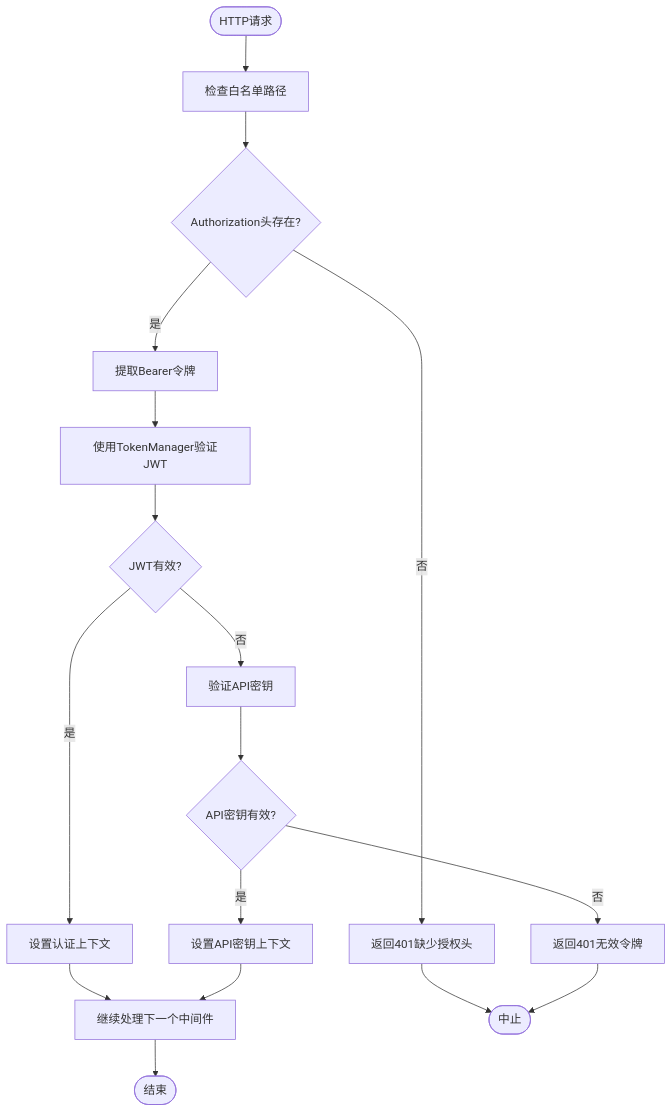
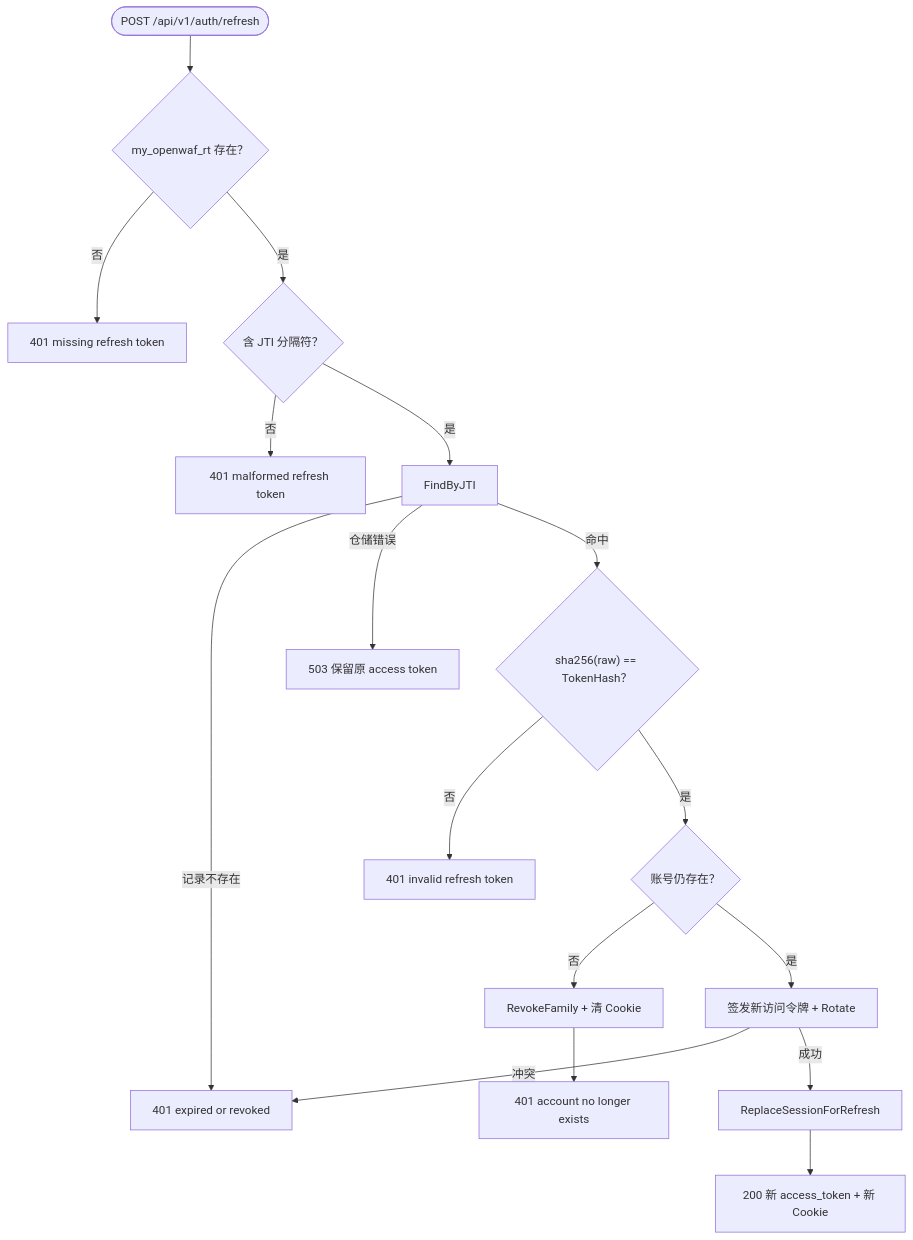
The fifth of 6 diagrams in docs/管理 API 系统/REST API 设计规范/认证授权机制.md (x01n/My-OpenWaf), drawn with Mermaid before and after one commit. The commit also changed other lines of this file and 622 other files, not shown here.

````diff
--- a/docs/管理 API 系统/REST API 设计规范/认证授权机制.md
+++ b/docs/管理 API 系统/REST API 设计规范/认证授权机制.md
@@ -258,19 +289,19 @@
 ```mermaid
 flowchart TD
-Start([HTTP请求]) --> CheckWhitelist["检查白名单路径"]
-CheckWhitelist --> HeaderPresent{"Authorization头存在?"}
-HeaderPresent --> |否| MissingHeader["返回401缺少授权头"]
-HeaderPresent --> |是| ExtractToken["提取Bearer令牌"]
-ExtractToken --> VerifyJWT["使用TokenManager验证JWT"]
-VerifyJWT --> JWTValid{"JWT有效?"}
-JWTValid --> |是| SetAuthCtx["设置认证上下文"]
-JWTValid --> |否| VerifyAPIKey["验证API密钥"]
-VerifyAPIKey --> APIKeyValid{"API密钥有效?"}
-APIKeyValid --> |是| SetAPIKeyCtx["设置API密钥上下文"]
-APIKeyValid --> |否| InvalidToken["返回401无效令牌"]
-SetAuthCtx --> Next["继续处理下一个中间件"]
-SetAPIKeyCtx --> Next
-MissingHeader --> Abort([中止])
-InvalidToken --> Abort
-Next --> End([结束])
+Start(["POST /api/v1/auth/refresh"]) --> Cookie{"my_openwaf_rt 存在？"}
+Cookie --> |否| E401M["401 missing refresh token"]
+Cookie --> |是| Split{"含 JTI 分隔符？"}
+Split --> |否| E401F["401 malformed refresh token"]
+Split --> |是| Find["FindByJTI"]
+Find --> |记录不存在| E401R["401 expired or revoked"]
+Find --> |仓储错误| E503["503 保留原 access token"]
+Find --> |命中| Hash{"sha256(raw) == TokenHash？"}
+Hash --> |否| E401I["401 invalid refresh token"]
+Hash --> |是| Acct{"账号仍存在？"}
+Acct --> |否| Fam["RevokeFamily + 清 Cookie"]
+Fam --> E401A["401 account no longer exists"]
+Acct --> |是| Rotate["签发新访问令牌 + Rotate"]
+Rotate --> |冲突| E401R
+Rotate --> |成功| SM["ReplaceSessionForRefresh"]
+SM --> OK["200 新 access_token + 新 Cookie"]
 ```
````
